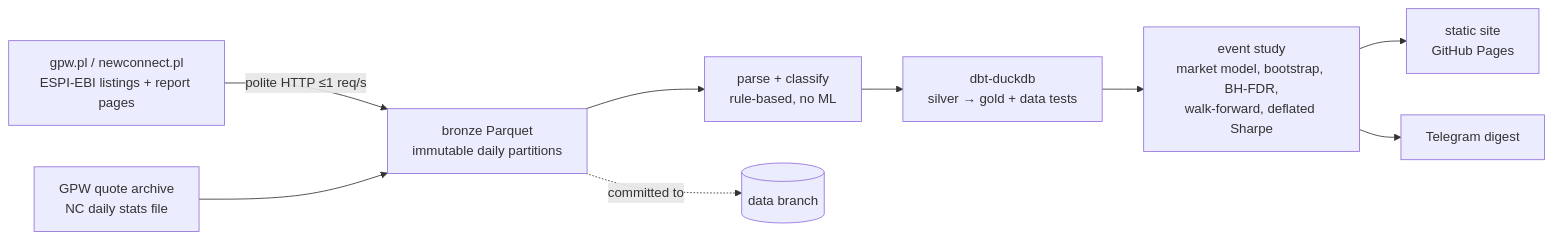
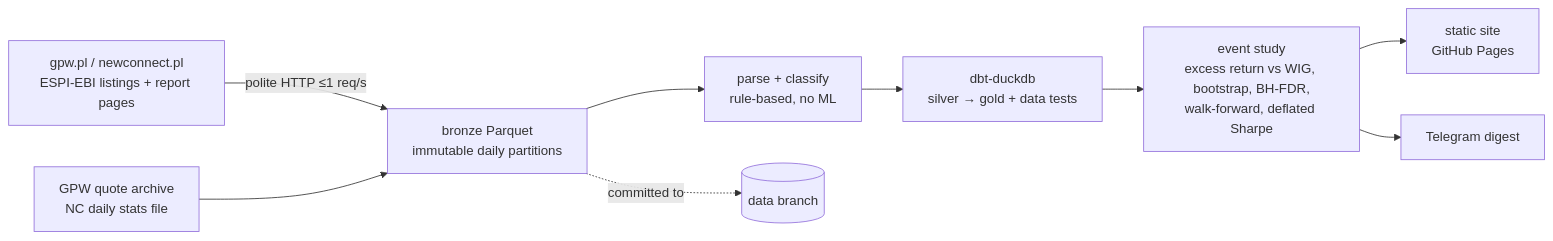
The diagram in README.md (almera-vs/undercurrent), drawn with Mermaid before and after one commit. The commit also changed other lines of this file and 5 other files, not shown here.

First line of the commit message:
Study: excess return vs WIG, two-way clustering, traded stocks only, measured costs

````diff
--- a/README.md
+++ b/README.md
@@ -22,11 +22,11 @@
 ```mermaid
 flowchart LR
   A[gpw.pl / newconnect.pl<br/>ESPI-EBI listings + report pages] -->|polite HTTP ≤1 req/s| B[bronze Parquet<br/>immutable daily partitions]
   P[GPW quote archive<br/>NC daily stats file] --> B
   B --> C[parse + classify<br/>rule-based, no ML]
   C --> D[dbt-duckdb<br/>silver → gold + data tests]
-  D --> E[event study<br/>market model, bootstrap, BH-FDR,<br/>walk-forward, deflated Sharpe]
+  D --> E[event study<br/>excess return vs WIG, bootstrap, BH-FDR,<br/>walk-forward, deflated Sharpe]
   E --> F[static site<br/>GitHub Pages]
   E --> G[Telegram digest]
   B -. committed to .-> H[(data branch)]
 ```
````
